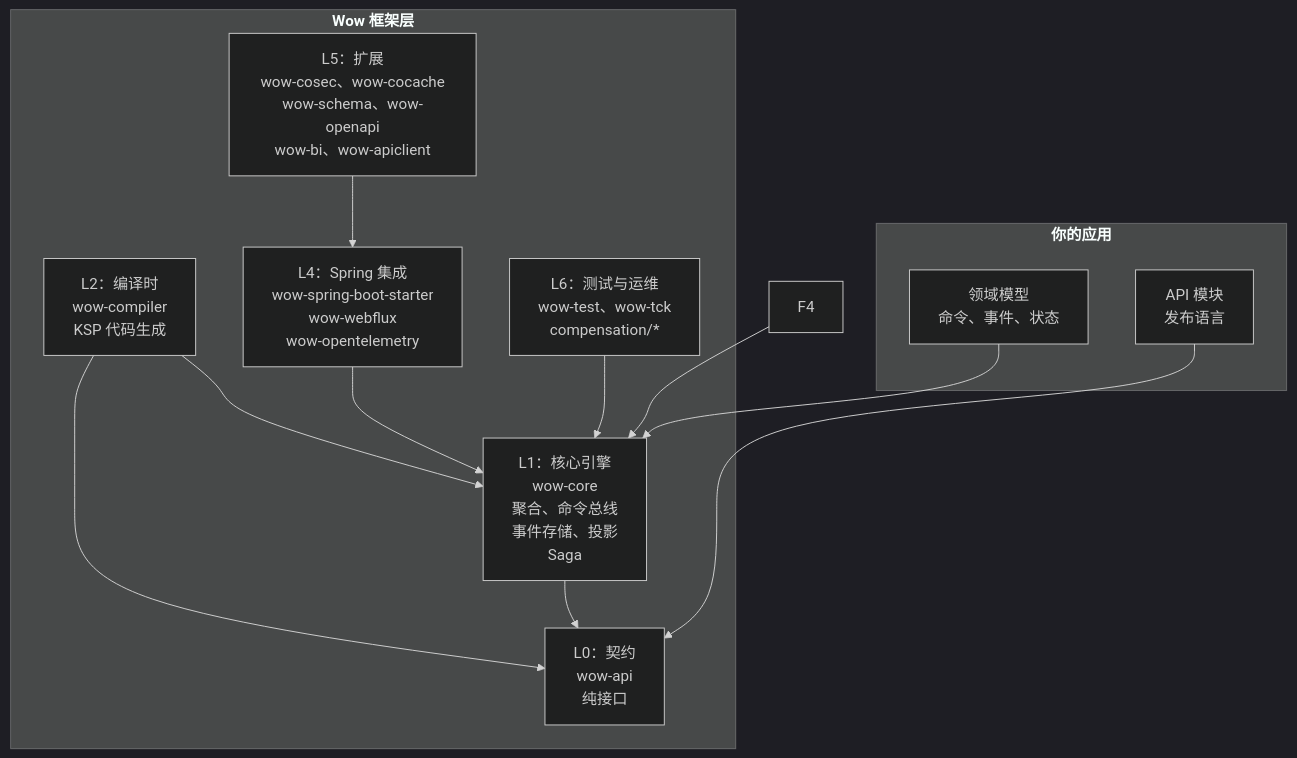
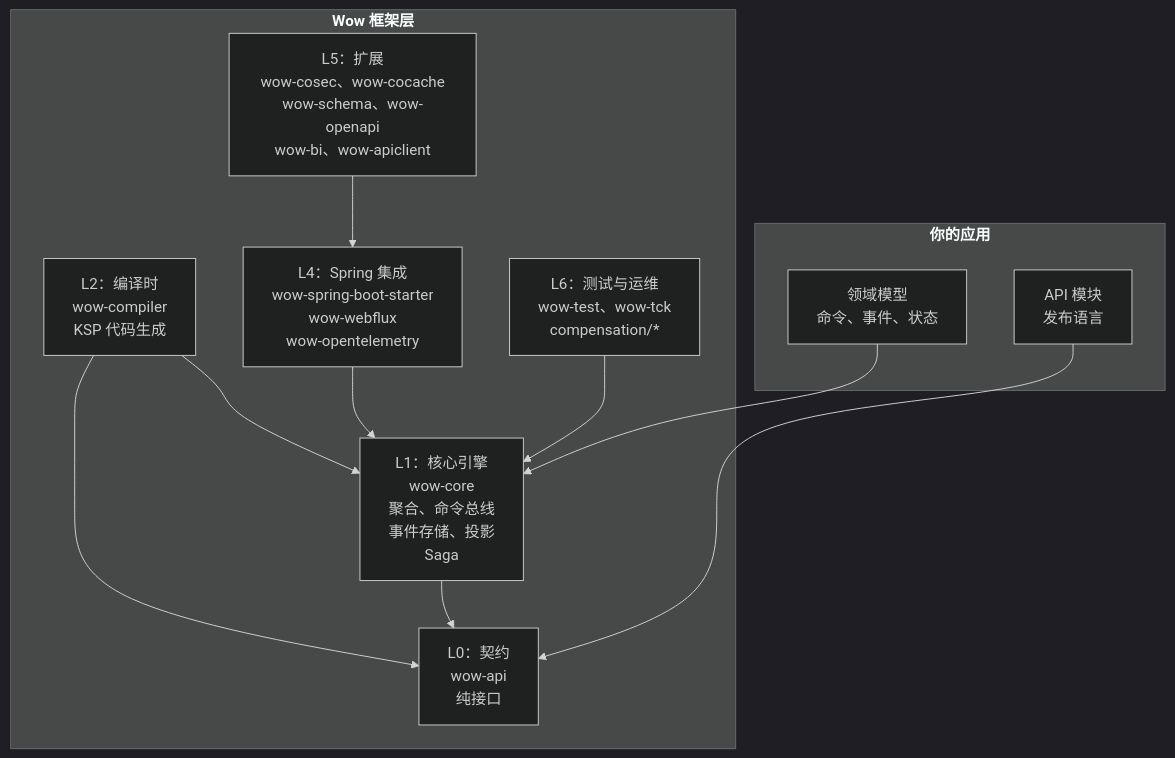
One commit to Ahoo-Wang/Wow changed the third of 7 diagrams in documentation/docs/zh/onboarding/executive-guide.md. Above: the diagram before and after it, drawn with Mermaid (dark theme). The commit also changed other lines of this file and 43 other files, not shown here.

First line of the commit message:
docs(documentation): fix broken links, sync config docs with code, and correct onboarding diagrams

````diff
--- a/documentation/docs/zh/onboarding/executive-guide.md
+++ b/documentation/docs/zh/onboarding/executive-guide.md
@@ -128,27 +128,26 @@
 ```mermaid
 graph TB
     subgraph APP["<b>你的应用</b>"]
         DOMAIN["领域模型<br>命令、事件、状态"]
         API["API 模块<br>发布语言"]
     end
 
     subgraph FRAMEWORK["<b>Wow 框架层</b>"]
         F1["L0：契约<br>wow-api<br>纯接口"]
         F2["L1：核心引擎<br>wow-core<br>聚合、命令总线<br>事件存储、投影<br>Saga"]
         F3["L2：编译时<br>wow-compiler<br>KSP 代码生成"]
         F5["L4：Spring 集成<br>wow-spring-boot-starter<br>wow-webflux<br>wow-opentelemetry"]
         F6["L5：扩展<br>wow-cosec、wow-cocache<br>wow-schema、wow-openapi<br>wow-bi、wow-apiclient"]
         F7["L6：测试与运维<br>wow-test、wow-tck<br>compensation/*"]
     end
 
     DOMAIN --> F2
     API --> F1
     F2 --> F1
     F3 --> F1
     F3 --> F2
-    F4 --> F2
     F5 --> F2
     F6 --> F5
     F7 --> F2
 
 ```
````
